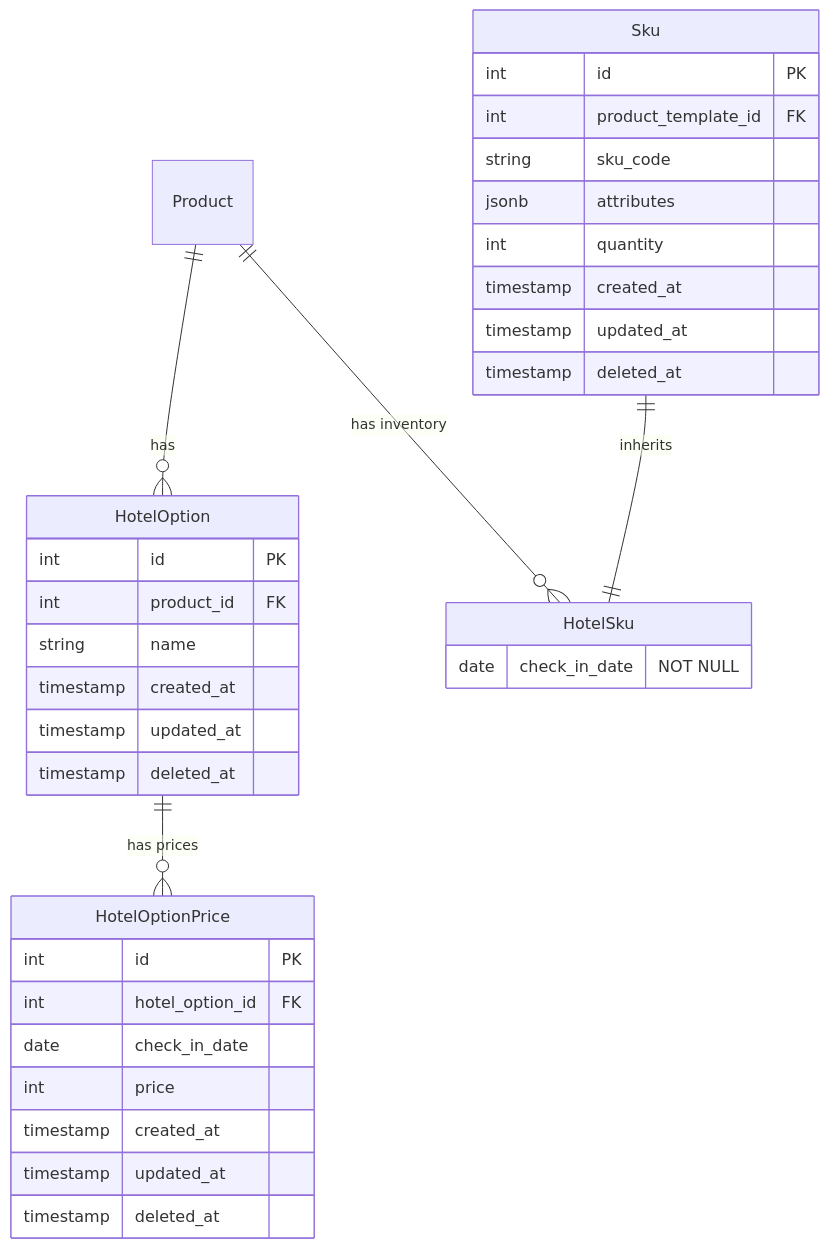
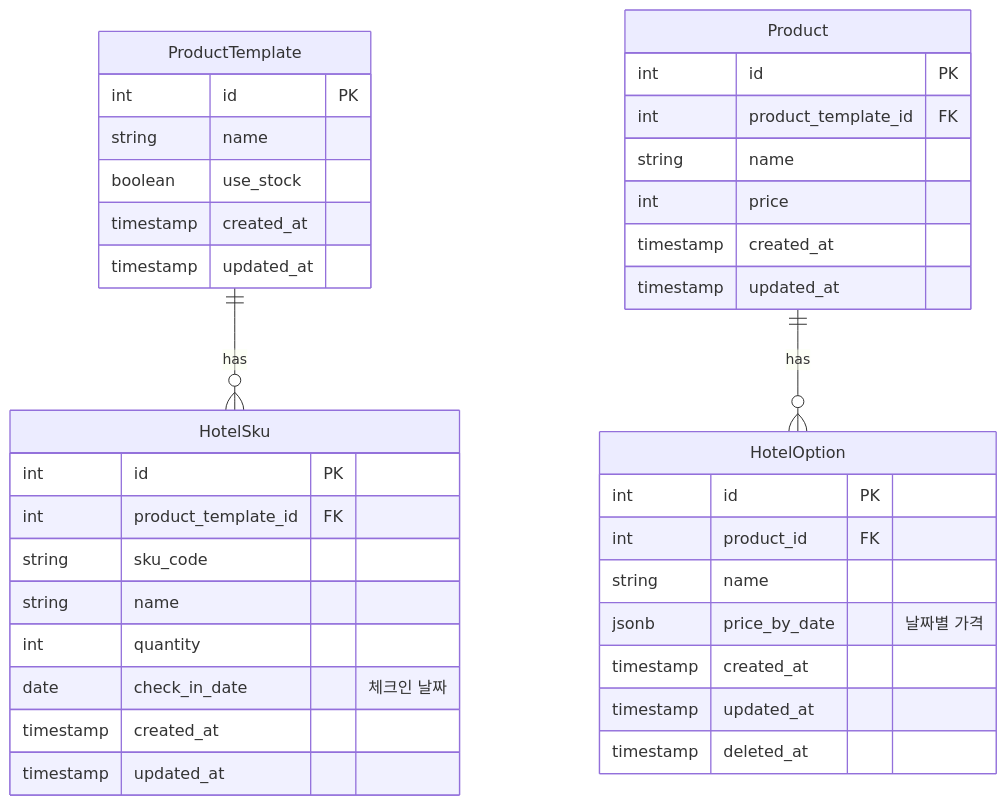
Before and after one commit to yestravelkr/yestravel: the diagram in docs/hotel-order.md, drawn with Mermaid. The commit also changed other lines of this file and 1 other file, not shown here.

````diff
--- a/docs/hotel-order.md
+++ b/docs/hotel-order.md
@@ -10,41 +19,43 @@
 ```mermaid
 erDiagram
+    ProductTemplate ||--o{ HotelSku : "has"
     Product ||--o{ HotelOption : "has"
-    HotelOption ||--o{ HotelOptionPrice : "has prices"
-    Product ||--o{ HotelSku : "has inventory"
-    Sku ||--|| HotelSku : "inherits"
+    
+    ProductTemplate {
+        int id PK
+        string name
+        boolean use_stock
+        timestamp created_at
+        timestamp updated_at
+    }
+    
+    HotelSku {
+        int id PK
+        int product_template_id FK
+        string sku_code
+        string name
+        int quantity
+        date check_in_date "체크인 날짜"
+        timestamp created_at
+        timestamp updated_at
+    }
+    
+    Product {
+        int id PK
+        int product_template_id FK
+        string name
+        int price
+        timestamp created_at
+        timestamp updated_at
+    }
     
     HotelOption {
         int id PK
         int product_id FK
         string name
-        timestamp created_at
-        timestamp updated_at
-        timestamp deleted_at
-    }
-    
-    HotelOptionPrice {
-        int id PK
-        int hotel_option_id FK
-        date check_in_date
-        int price
-        timestamp created_at
-        timestamp updated_at
-        timestamp deleted_at
-    }
-    
-    HotelSku {
-        date check_in_date "NOT NULL"
-    }
-    
-    Sku {
-        int id PK
-        int product_template_id FK
-        string sku_code
-        jsonb attributes
-        int quantity
+        jsonb price_by_date "날짜별 가격"
         timestamp created_at
         timestamp updated_at
         timestamp deleted_at
     }
 ```
````
